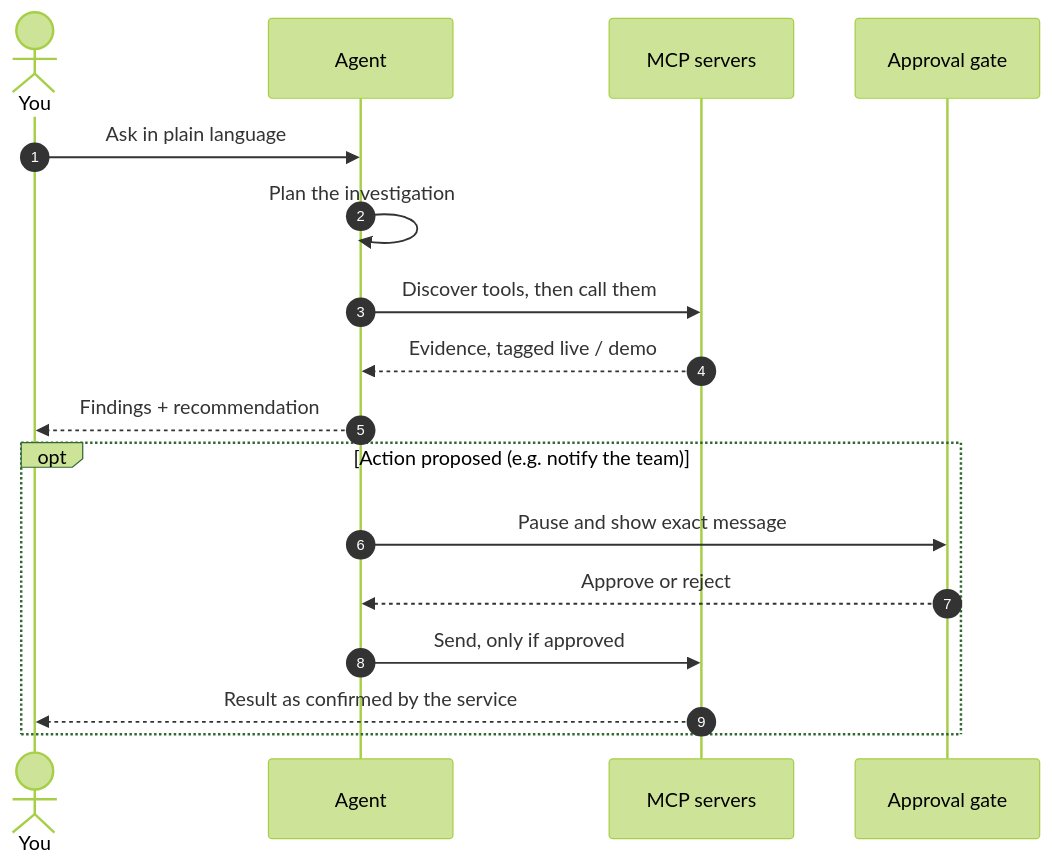
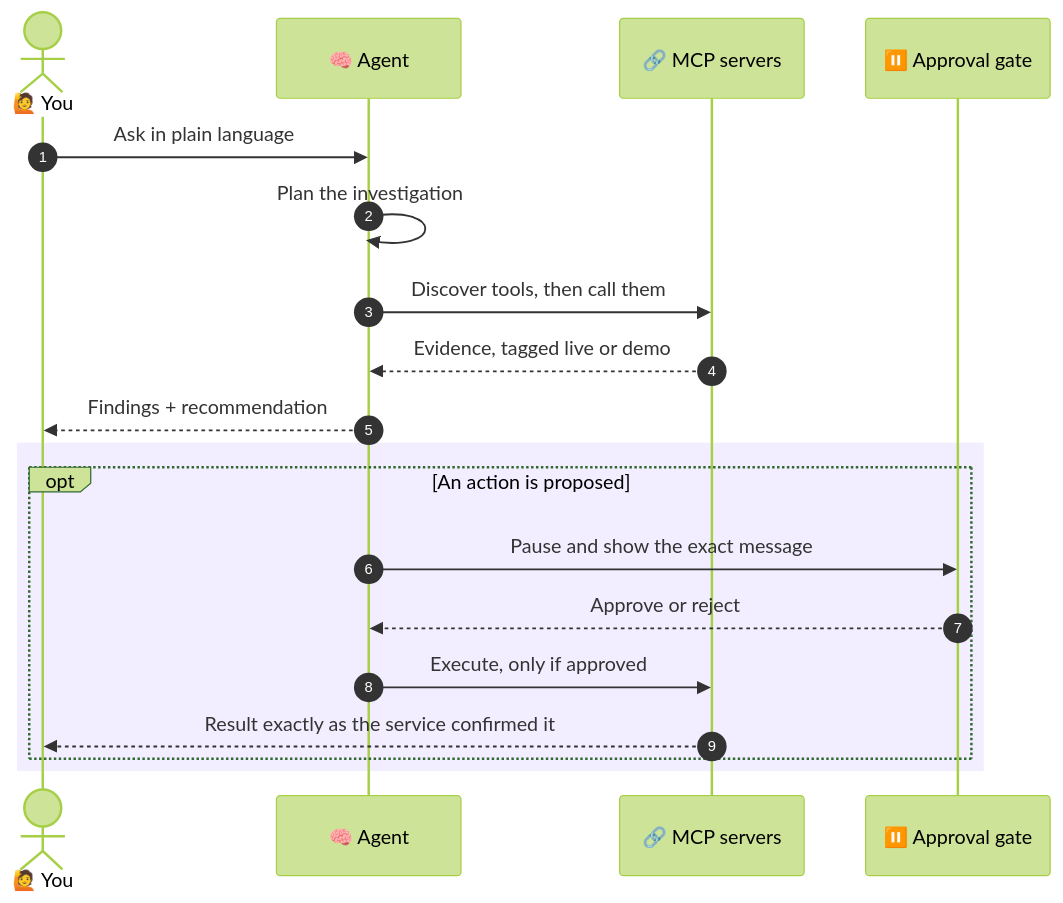
Before and after one commit to armaans-29/MCP-Integrated-Supply-Chain-Risk-Intelligence-Decision-Support-System: the second of 3 diagrams in README.md, drawn with Mermaid (forest theme). The commit also changed other lines of this file, not shown here.

````diff
--- a/README.md
+++ b/README.md
@@ -127,20 +217,23 @@
 ```mermaid
 sequenceDiagram
     autonumber
-    actor U as You
-    participant A as Agent
-    participant M as MCP servers
-    participant H as Approval gate
+    actor U as 🙋 You
+    participant A as 🧠 Agent
+    participant M as 🔗 MCP servers
+    participant G as ⏸️ Approval gate
 
     U->>A: Ask in plain language
     A->>A: Plan the investigation
     A->>M: Discover tools, then call them
-    M-->>A: Evidence, tagged live / demo
+    M-->>A: Evidence, tagged live or demo
     A-->>U: Findings + recommendation
-    opt Action proposed (e.g. notify the team)
-        A->>H: Pause and show exact message
-        H-->>A: Approve or reject
-        A->>M: Send, only if approved
-        M-->>U: Result as confirmed by the service
+
+    rect rgba(167, 139, 250, 0.15)
+    opt An action is proposed
+        A->>G: Pause and show the exact message
+        G-->>A: Approve or reject
+        A->>M: Execute, only if approved
+        M-->>U: Result exactly as the service confirmed it
+    end
     end
 ```
````
